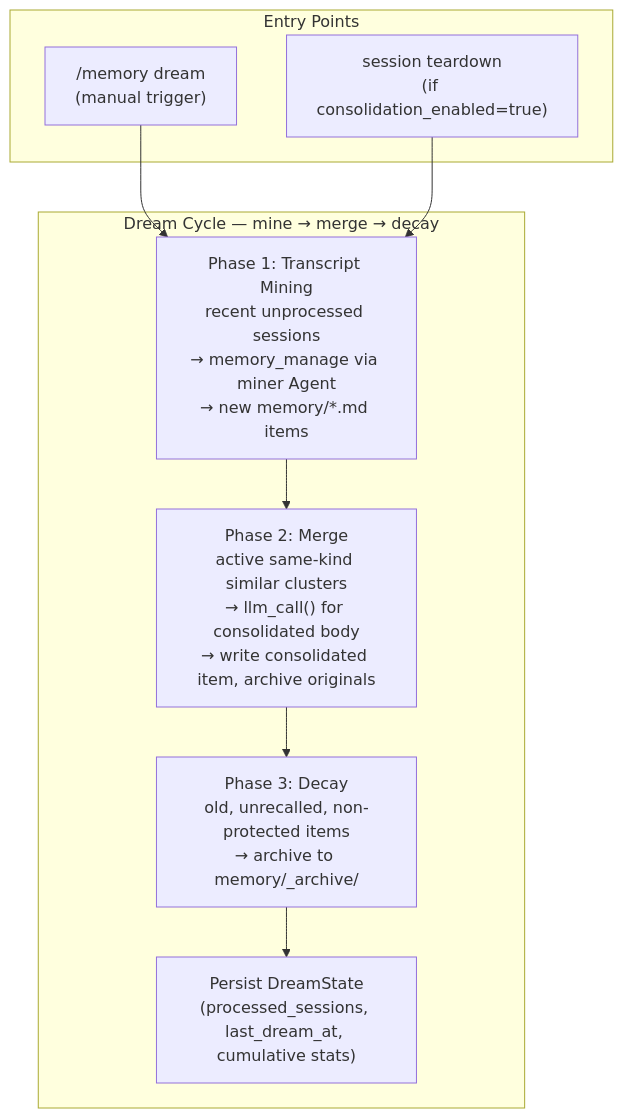
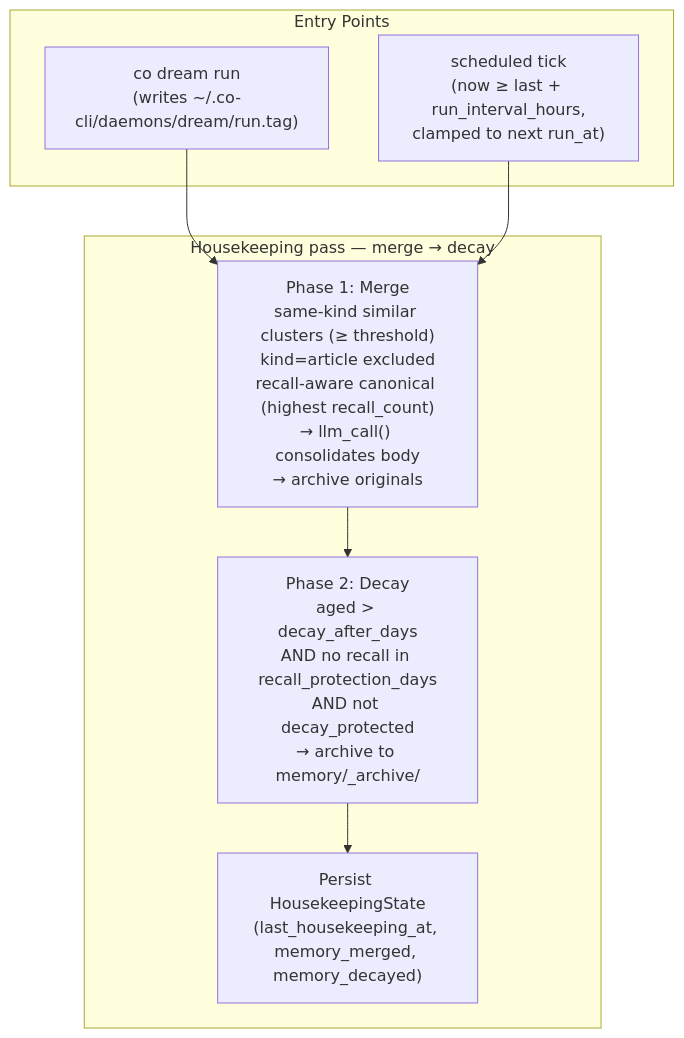
One commit to binlecode/co-cli changed the diagram in docs/specs/dream.md. Above: the diagram before and after it, drawn with Mermaid. The commit also changed other lines of this file and 29 other files, not shown here.

````diff
--- a/docs/specs/dream.md
+++ b/docs/specs/dream.md
@@ -272,20 +272,18 @@
 ```mermaid
 flowchart TD
     subgraph Entry["Entry Points"]
-        Manual["/memory dream\n(manual trigger)"]
-        Auto["session teardown\n(if consolidation_enabled=true)"]
+        Manual["co dream run\n(writes ~/.co-cli/daemons/dream/run.tag)"]
+        Auto["scheduled tick\n(now ≥ last + run_interval_hours,\nclamped to next run_at)"]
     end
 
-    subgraph Cycle["Dream Cycle — mine → merge → decay"]
-        Mine["Phase 1: Transcript Mining\nrecent unprocessed sessions\n→ memory_manage via miner Agent\n→ new memory/*.md items"]
-        Merge["Phase 2: Merge\nactive same-kind similar clusters\n→ llm_call() for consolidated body\n→ write consolidated item, archive originals"]
-        Decay["Phase 3: Decay\nold, unrecalled, non-protected items\n→ archive to memory/_archive/"]
-        State["Persist DreamState\n(processed_sessions, last_dream_at, cumulative stats)"]
+    subgraph Pass["Housekeeping pass — merge → decay"]
+        Merge["Phase 1: Merge\nsame-kind similar clusters (≥ threshold)\nkind=article excluded\nrecall-aware canonical (highest recall_count)\n→ llm_call() consolidates body\n→ archive originals"]
+        Decay["Phase 2: Decay\naged > decay_after_days\nAND no recall in recall_protection_days\nAND not decay_protected\n→ archive to memory/_archive/"]
+        State["Persist HousekeepingState\n(last_housekeeping_at, memory_merged, memory_decayed)"]
     end
 
-    Manual --> Mine
-    Auto --> Mine
-    Mine --> Merge
+    Manual --> Merge
+    Auto --> Merge
     Merge --> Decay
     Decay --> State
 ```
````
